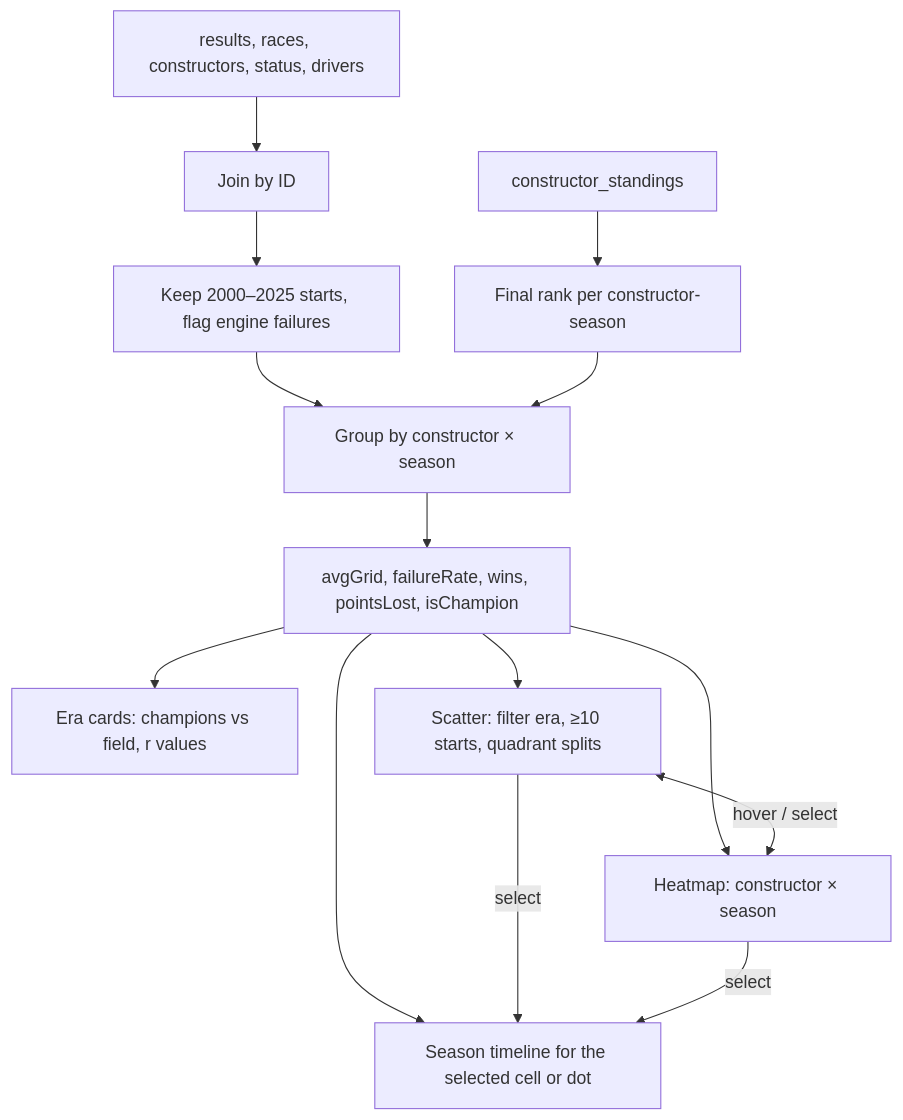
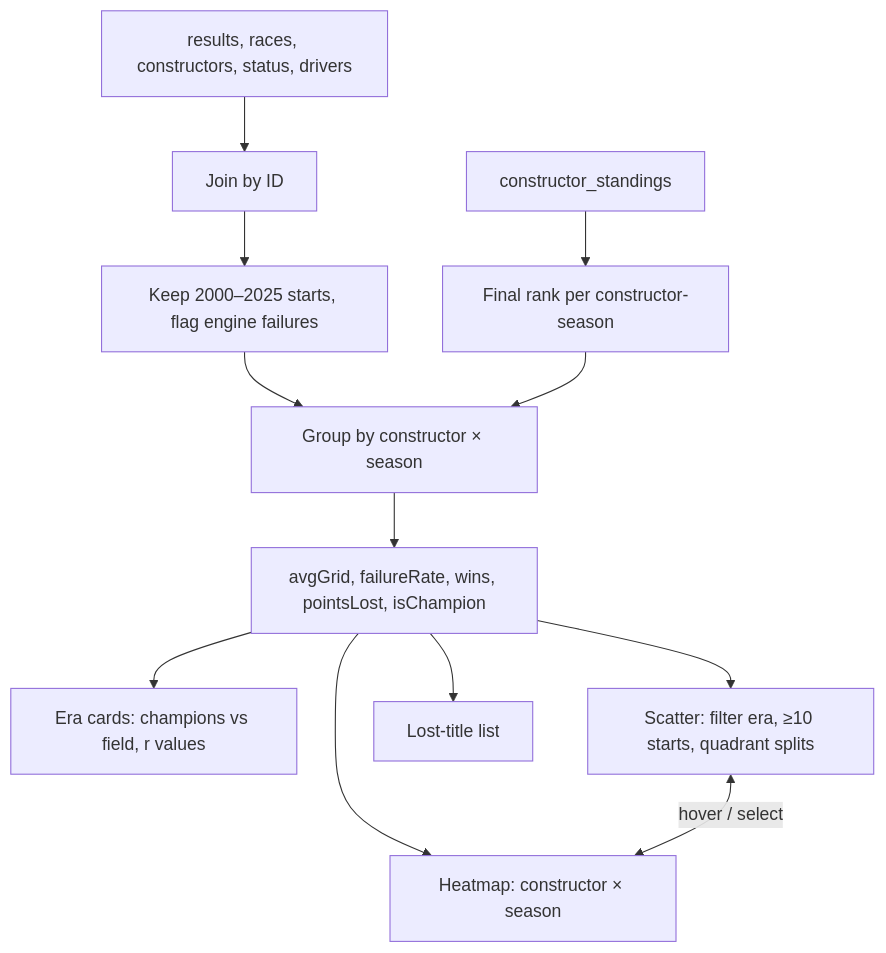
Before and after one commit to GracMatteo/DataVisualizationF1: the diagram in ConstructorViz.md, drawn with Mermaid. The commit also changed other lines of this file and 29 other files, not shown here.

````diff
--- a/ConstructorViz.md
+++ b/ConstructorViz.md
@@ -114,16 +109,14 @@
 ```mermaid
 flowchart TD
     A[results, races, constructors, status, drivers] --> C[Join by ID]
     B[constructor_standings] --> D[Final rank per constructor-season]
     C --> E[Keep 2000–2025 starts, flag engine failures]
     E --> F[Group by constructor × season]
     D --> F
     F --> G[avgGrid, failureRate, wins, pointsLost, isChampion]
     G --> H[Era cards: champions vs field, r values]
     G --> I[Scatter: filter era, ≥10 starts, quadrant splits]
     G --> J[Heatmap: constructor × season]
-    G --> K[Season timeline for the selected cell or dot]
+    G --> K[Lost-title list]
     I <-->|hover / select| J
-    I -->|select| K
-    J -->|select| K
 ```
````
